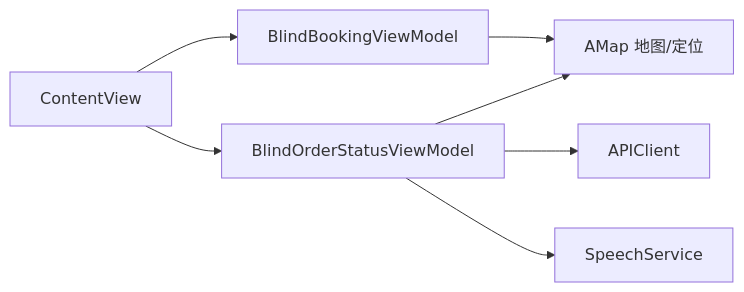
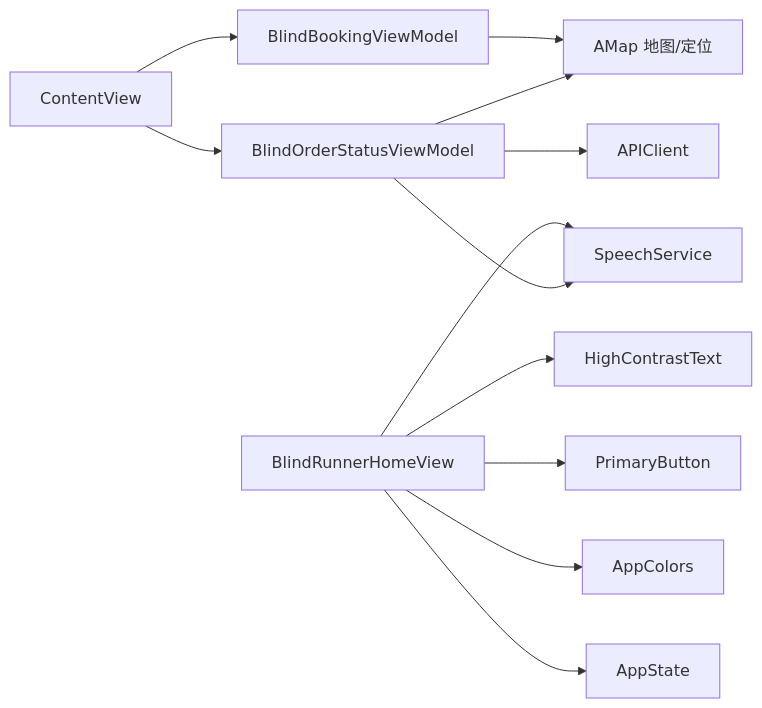
One commit to Jayden23018/blind-run-ios changed the seventh of 7 diagrams in .qoder/repowiki/zh/content/架构设计/模块化架构设计/BlindRunner 盲人跑者模块.md. Above: the diagram before and after it, drawn with Mermaid. The commit also changed other lines of this file and 21 other files, not shown here.

````diff
--- a/.qoder/repowiki/zh/content/架构设计/模块化架构设计/BlindRunner 盲人跑者模块.md
+++ b/.qoder/repowiki/zh/content/架构设计/模块化架构设计/BlindRunner 盲人跑者模块.md
@@ -268,9 +341,14 @@
 ```mermaid
 graph LR
+BlindRunnerHomeView["BlindRunnerHomeView"] --> SpeechService["SpeechService"]
+BlindRunnerHomeView --> HighContrastText["HighContrastText"]
+BlindRunnerHomeView --> PrimaryButton["PrimaryButton"]
+BlindRunnerHomeView --> AppColors["AppColors"]
+BlindRunnerHomeView --> AppState["AppState"]
 ContentView["ContentView"] --> BlindBookingViewModel["BlindBookingViewModel"]
 ContentView --> BlindOrderStatusViewModel["BlindOrderStatusViewModel"]
 BlindOrderStatusViewModel --> APIClient["APIClient"]
-BlindOrderStatusViewModel --> SpeechService["SpeechService"]
+BlindOrderStatusViewModel --> SpeechService
 BlindBookingViewModel --> AMap["AMap 地图/定位"]
 BlindOrderStatusViewModel --> AMap
 ```
````
